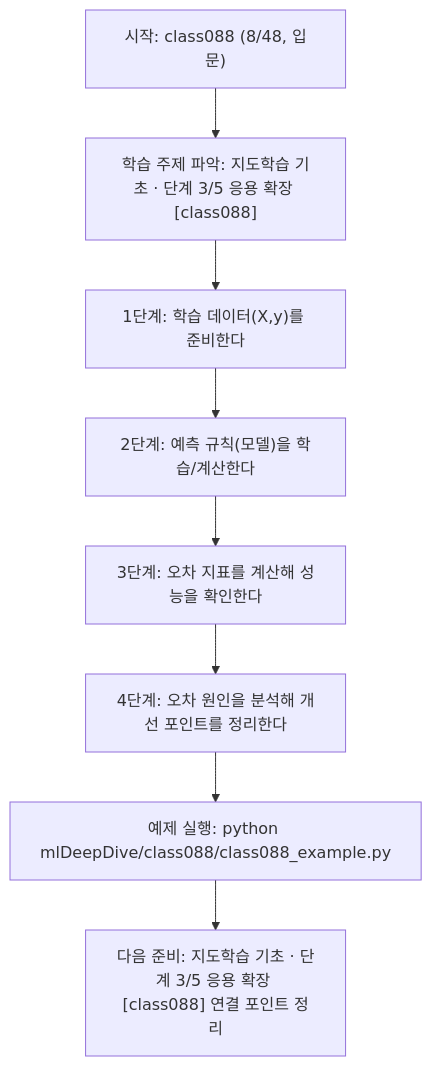
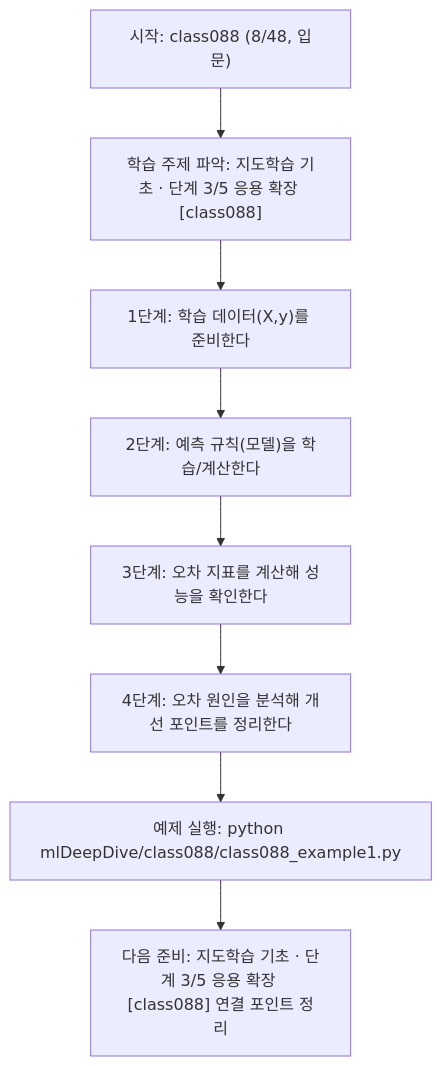
Before and after one commit to edumgt/Python-AI_Agent-Class: the diagram in mlDeepDive/class088/class088.md, drawn with Mermaid. The commit also changed other lines of this file and 2959 other files, not shown here.

````diff
--- a/mlDeepDive/class088/class088.md
+++ b/mlDeepDive/class088/class088.md
@@ -109,18 +109,18 @@
 ```mermaid
 flowchart TD
 N1["시작: class088 (8/48, 입문)"]
 N2["학습 주제 파악: 지도학습 기초 · 단계 3/5 응용 확장 [class088]"]
 N3["1단계: 학습 데이터(X,y)를 준비한다"]
 N4["2단계: 예측 규칙(모델)을 학습/계산한다"]
 N5["3단계: 오차 지표를 계산해 성능을 확인한다"]
 N6["4단계: 오차 원인을 분석해 개선 포인트를 정리한다"]
-N7["예제 실행: python mlDeepDive/class088/class088_example.py"]
+N7["예제 실행: python mlDeepDive/class088/class088_example1.py"]
 N8["다음 준비: 지도학습 기초 · 단계 3/5 응용 확장 [class088] 연결 포인트 정리"]
 N1 --> N2
 N2 --> N3
 N3 --> N4
 N4 --> N5
 N5 --> N6
 N6 --> N7
 N7 --> N8
 ```
````
